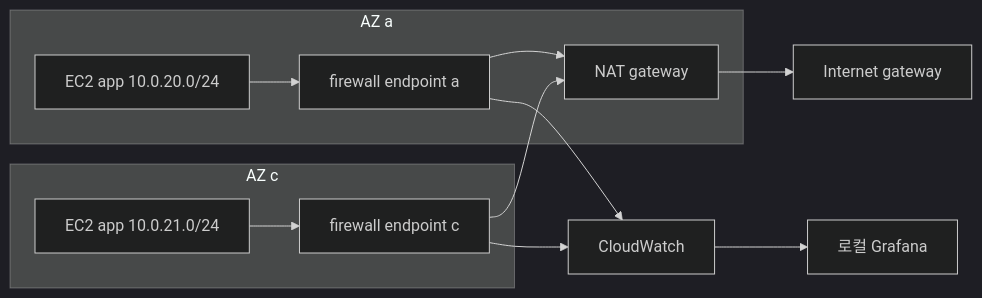
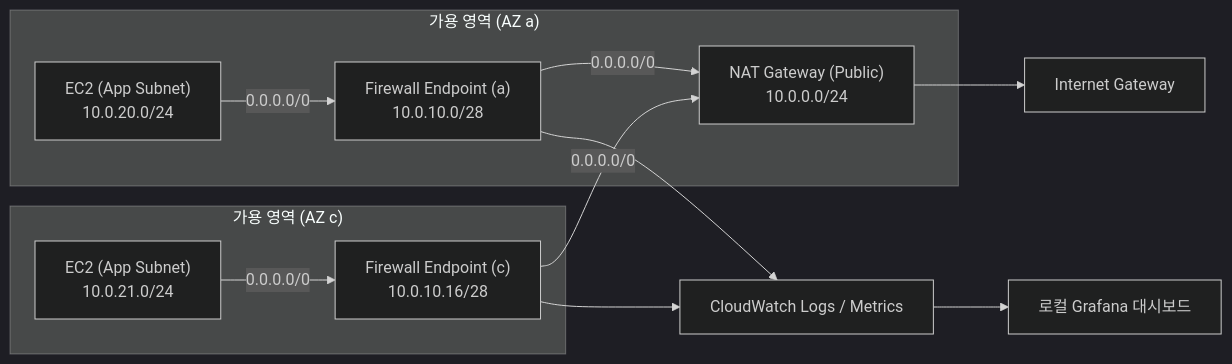
Before and after one commit to choisungwook/portfolio: the second of 2 diagrams in aws/network-firewall/egress-filtering/docs/1-feature-map.md, drawn with Mermaid (dark theme). The commit also changed other lines of this file and 9 other files, not shown here.

````diff
--- a/aws/network-firewall/egress-filtering/docs/1-feature-map.md
+++ b/aws/network-firewall/egress-filtering/docs/1-feature-map.md
@@ -61,18 +83,22 @@
 ```mermaid
 flowchart LR
-  subgraph AZA["AZ a"]
-    EC2A["EC2 app 10.0.20.0/24"]
-    VPCEA["firewall endpoint a"]
-    NAT["NAT gateway"]
+  subgraph AZA["가용 영역 (AZ a)"]
+    EC2A["EC2 (App Subnet)<br/>10.0.20.0/24"]
+    VPCEA["Firewall Endpoint (a)<br/>10.0.10.0/28"]
+    NAT["NAT Gateway (Public)<br/>10.0.0.0/24"]
   end
-  subgraph AZC["AZ c"]
-    EC2C["EC2 app 10.0.21.0/24"]
-    VPCEC["firewall endpoint c"]
+
+  subgraph AZC["가용 영역 (AZ c)"]
+    EC2C["EC2 (App Subnet)<br/>10.0.21.0/24"]
+    VPCEC["Firewall Endpoint (c)<br/>10.0.10.16/28"]
   end
-  EC2A --> VPCEA --> NAT
-  EC2C --> VPCEC --> NAT
-  NAT --> IGW["Internet gateway"]
-  VPCEA --> CW["CloudWatch"]
+
+  EC2A -- "0.0.0.0/0" --> VPCEA
+  EC2C -- "0.0.0.0/0" --> VPCEC
+  VPCEA -- "0.0.0.0/0" --> NAT
+  VPCEC -- "0.0.0.0/0" --> NAT
+  NAT --> IGW["Internet Gateway"]
+  VPCEA --> CW["CloudWatch Logs / Metrics"]
   VPCEC --> CW
-  CW --> G["로컬 Grafana"]
+  CW --> G["로컬 Grafana 대시보드"]
 ```
````
